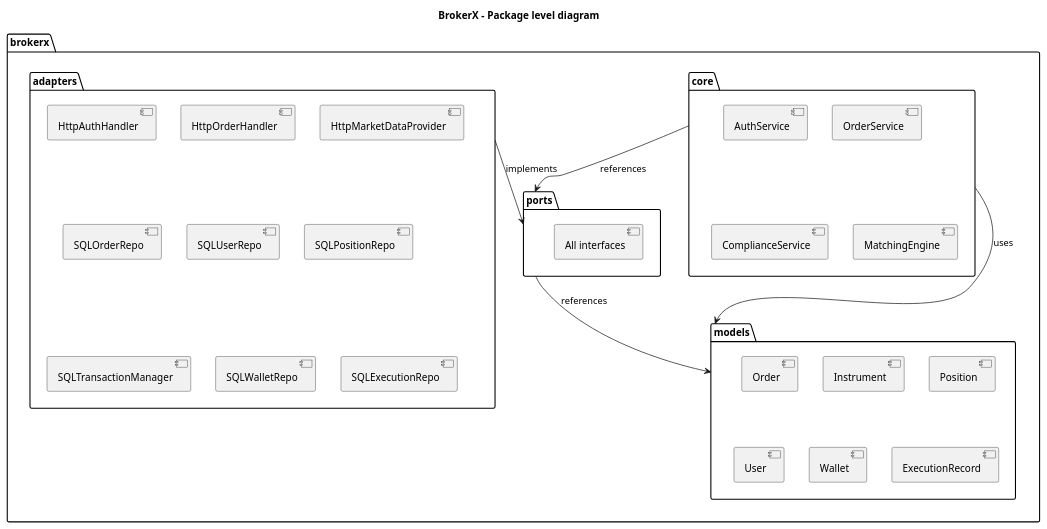
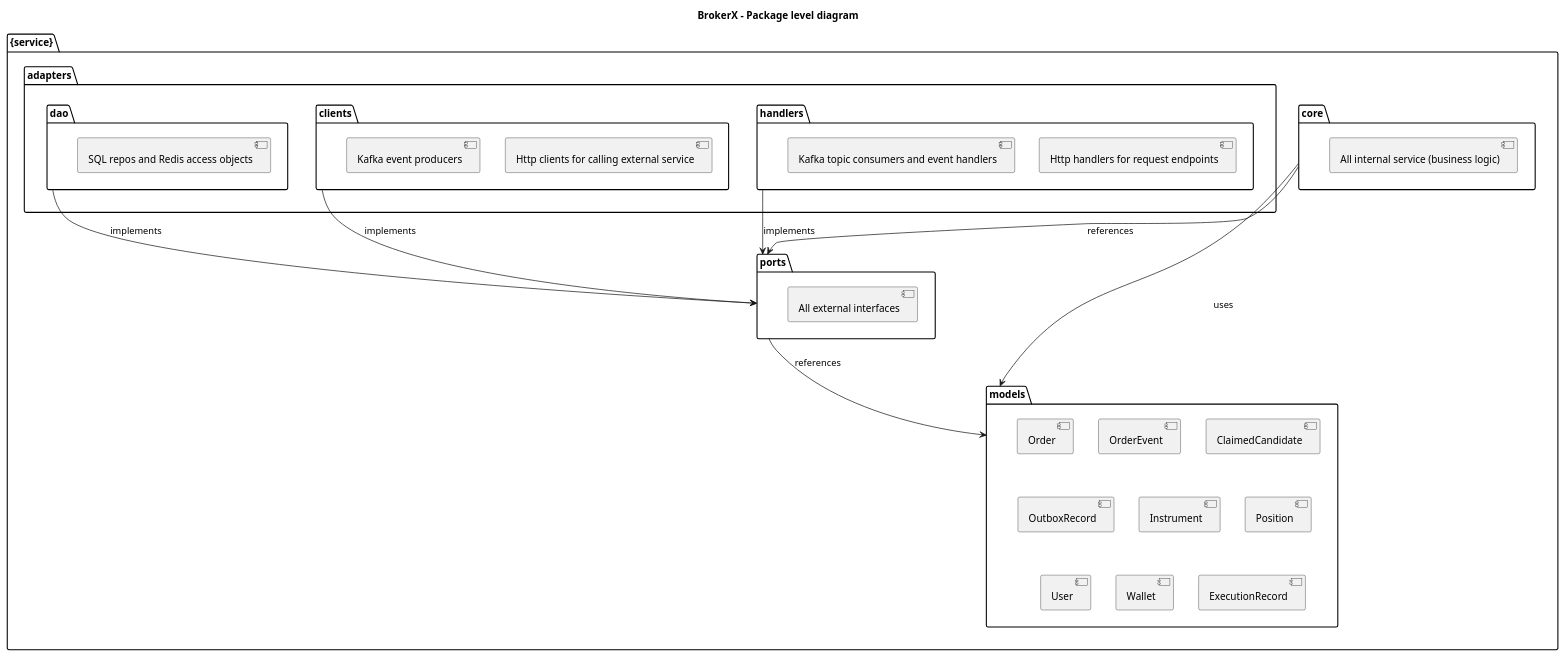
One commit to cjayneb/log430-project changed the diagram in docs/package.puml. Above: the diagram before and after it, drawn with PlantUML. The commit also changed 46 other files, not shown here.

```diff
--- a/docs/package.puml
+++ b/docs/package.puml
@@ -1,44 +1,48 @@
 @startuml
 title BrokerX - Package level diagram
 
-package "brokerx" {
+package "{service}" {
   package "core" as core {
-    [AuthService]
-    [OrderService]
-    [ComplianceService]
-    [MatchingEngine]
+    [All internal service (business logic)]
   }
 
   package "ports" as ports {
-    [All interfaces]
+    [All external interfaces]
   }
 
   package "adapters" {
-    [HttpAuthHandler]
-    [HttpOrderHandler]
-    [HttpMarketDataProvider]
-    [SQLOrderRepo]
-    [SQLUserRepo]
-    [SQLPositionRepo]
-    [SQLTransactionManager]
-    [SQLWalletRepo]
-    [SQLExecutionRepo]
+    package "dao" {
+      [SQL repos and Redis access objects]
+    }
+    package "clients" {
+      [Http clients for calling external service]
+      [Kafka event producers]
+    }
+    package "handlers" {
+      [Http handlers for request endpoints]
+      [Kafka topic consumers and event handlers]
+    }
   }
 
   package "models" {
     [Order]
+    [OrderEvent]
+    [ClaimedCandidate]
+    [OutboxRecord]
     [Instrument]
     [Position]
     [User]
     [Wallet]
     [ExecutionRecord]
   }
 }
 
 ' Relationships
 core --> models : uses
 ports --> models : references
 core --> ports : references
-adapters --> ports : implements
+clients --> ports : implements
+dao --> ports : implements
+handlers --> ports : implements
 
 @enduml
```
